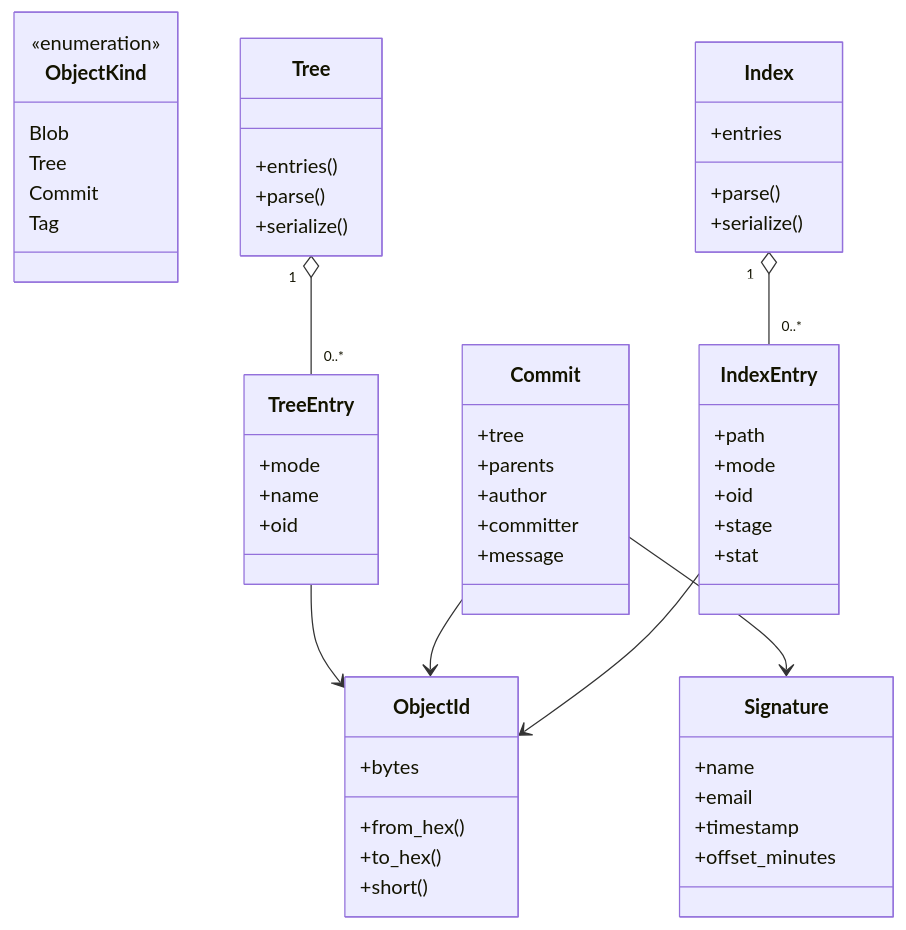
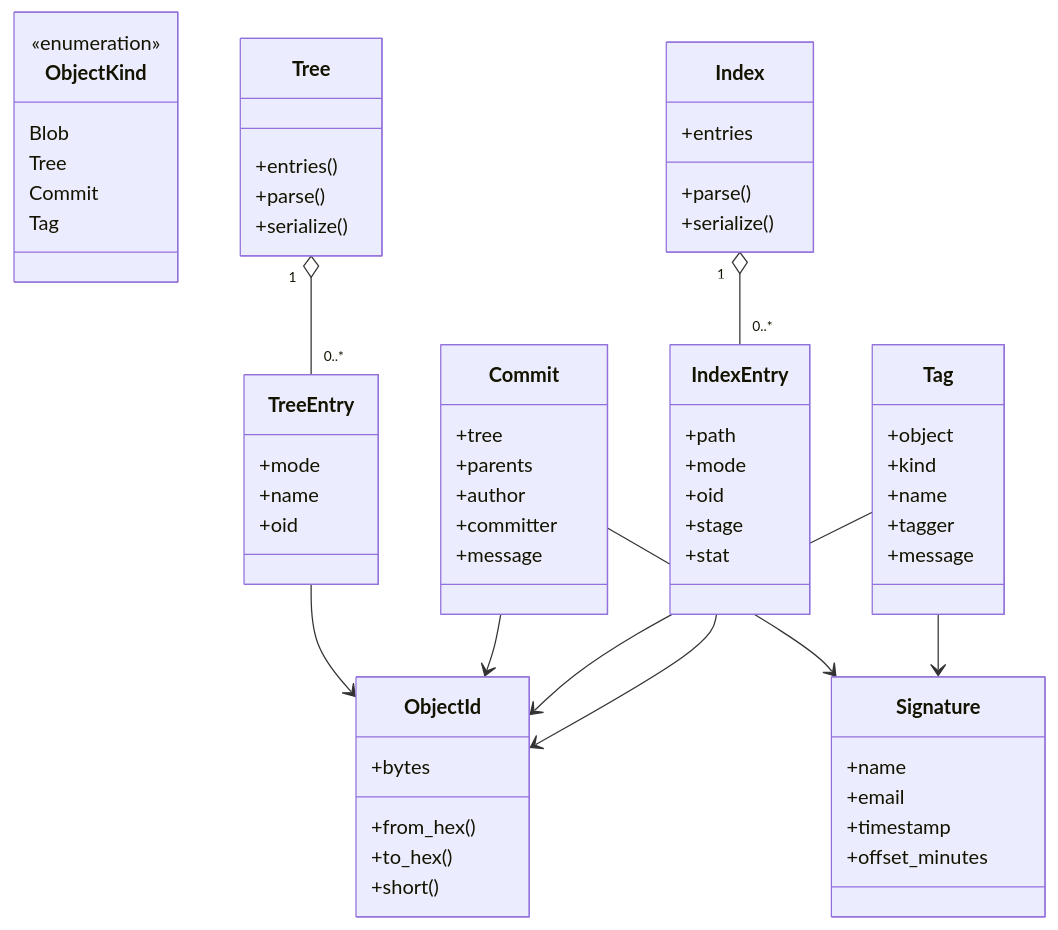
One commit to marcosgabrielgomes110-collab/cvx changed the fourth of 9 diagrams in docs/architecture.md. Above: the diagram before and after it, drawn with Mermaid. The commit also changed other lines of this file and 34 other files, not shown here.

````diff
--- a/docs/architecture.md
+++ b/docs/architecture.md
@@ -122,65 +127,75 @@
 ```mermaid
 classDiagram
     class ObjectId {
         +bytes
         +from_hex()
         +to_hex()
         +short()
     }
 
     class ObjectKind {
         <<enumeration>>
         Blob
         Tree
         Commit
         Tag
     }
 
     class Tree {
         +entries()
         +parse()
         +serialize()
     }
 
     class TreeEntry {
         +mode
         +name
         +oid
     }
 
     class Commit {
         +tree
         +parents
         +author
         +committer
         +message
     }
 
     class Signature {
         +name
         +email
         +timestamp
         +offset_minutes
     }
 
+    class Tag {
+        +object
+        +kind
+        +name
+        +tagger
+        +message
+    }
+
     class Index {
         +entries
         +parse()
         +serialize()
     }
 
     class IndexEntry {
         +path
         +mode
         +oid
         +stage
         +stat
     }
 
     Tree "1" o-- "0..*" TreeEntry
     TreeEntry --> ObjectId
     Commit --> ObjectId
     Commit --> Signature
+    Tag --> ObjectId
+    Tag --> Signature
     Index "1" o-- "0..*" IndexEntry
     IndexEntry --> ObjectId
 ```
````
